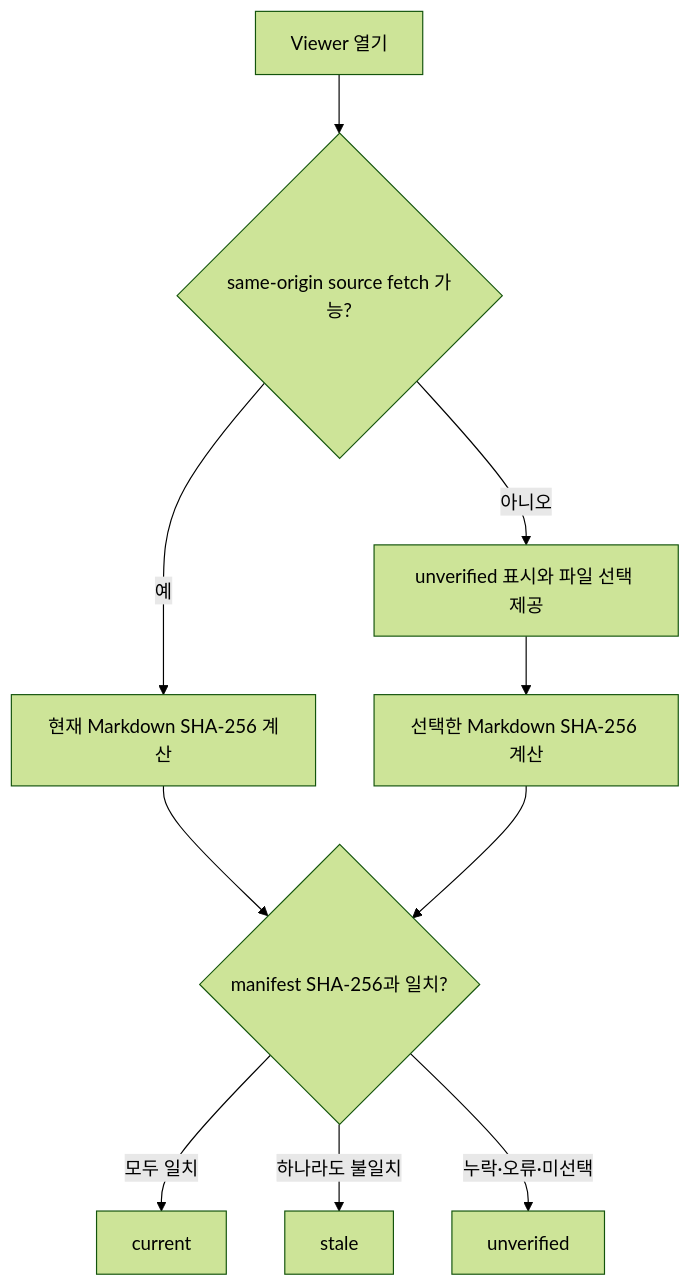
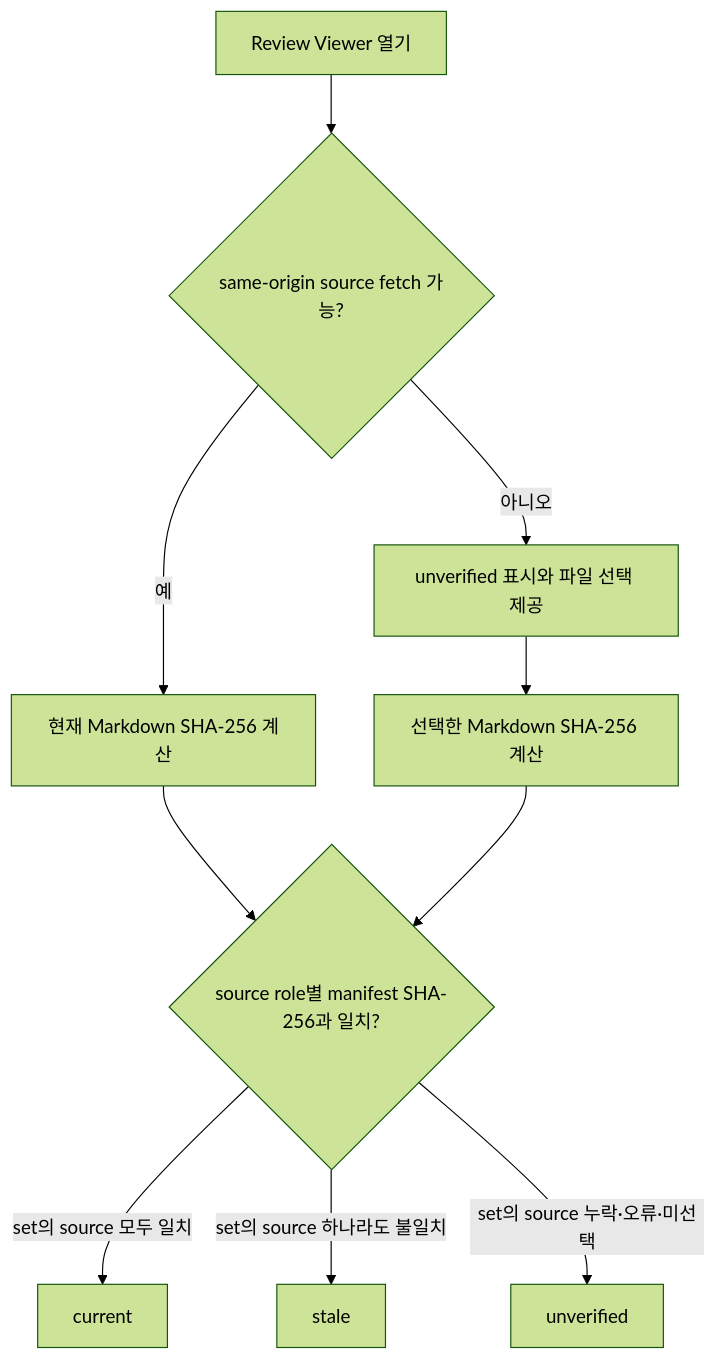
The third of 4 diagrams in docs/specs/002-lifecycle-review-viewer/spec.md (hope1026/aiagent-plugins), drawn with Mermaid (forest theme) before and after one commit. The commit also changed other lines of this file and 74 other files, not shown here.

````diff
--- a/docs/specs/002-lifecycle-review-viewer/spec.md
+++ b/docs/specs/002-lifecycle-review-viewer/spec.md
@@ -187,12 +167,12 @@
 ```mermaid
 flowchart TD
-    A[Viewer 열기] --> B{same-origin source fetch 가능?}
+    A[Review Viewer 열기] --> B{same-origin source fetch 가능?}
     B -- 예 --> C[현재 Markdown SHA-256 계산]
     B -- 아니오 --> D[unverified 표시와 파일 선택 제공]
     D --> E[선택한 Markdown SHA-256 계산]
-    C --> F{manifest SHA-256과 일치?}
+    C --> F{source role별 manifest SHA-256과 일치?}
     E --> F
-    F -- 모두 일치 --> G[current]
-    F -- 하나라도 불일치 --> H[stale]
-    F -- 누락·오류·미선택 --> I[unverified]
+    F -- set의 source 모두 일치 --> G[current]
+    F -- set의 source 하나라도 불일치 --> H[stale]
+    F -- set의 source 누락·오류·미선택 --> I[unverified]
 ```
````
